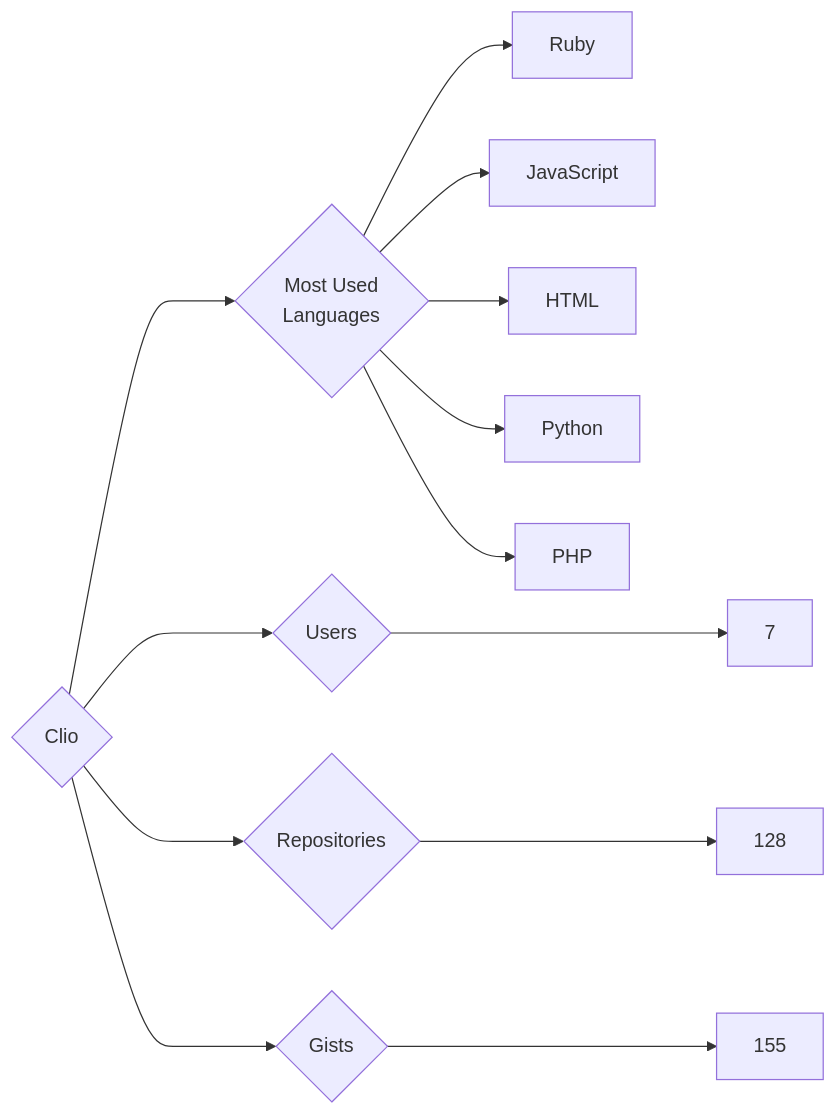
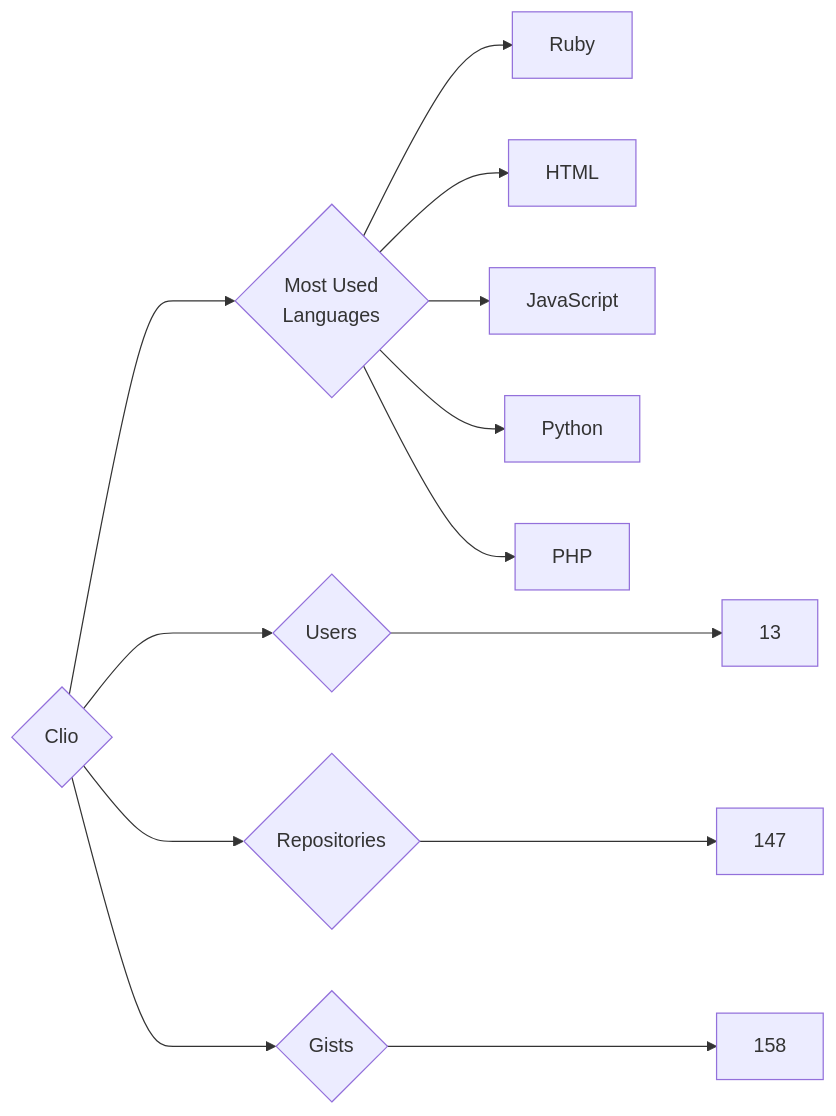
Before and after one commit to trickest/insiders: the diagram in targets/Clio/README.md, drawn with Mermaid. The commit also changed 757 other files, not shown here.

````diff
--- a/targets/Clio/README.md
+++ b/targets/Clio/README.md
@@ -3,13 +3,13 @@
 ```mermaid
 graph LR
 COMPANY_NAME{Clio}
-COMPANY_NAME ---> U{Users} ---> UN[7]
-COMPANY_NAME ---> R{Repositories} ---> RN[128]
-COMPANY_NAME ---> G{Gists} ---> GN[155]
+COMPANY_NAME ---> U{Users} ---> UN[13]
+COMPANY_NAME ---> R{Repositories} ---> RN[147]
+COMPANY_NAME ---> G{Gists} ---> GN[158]
 COMPANY_NAME ---> ML{Most Used<br>Languages}
 ML --> Ruby[Ruby]
+ML --> HTML[HTML]
 ML --> JavaScript[JavaScript]
-ML --> HTML[HTML]
 ML --> Python[Python]
 ML --> PHP[PHP]
 ```
````
